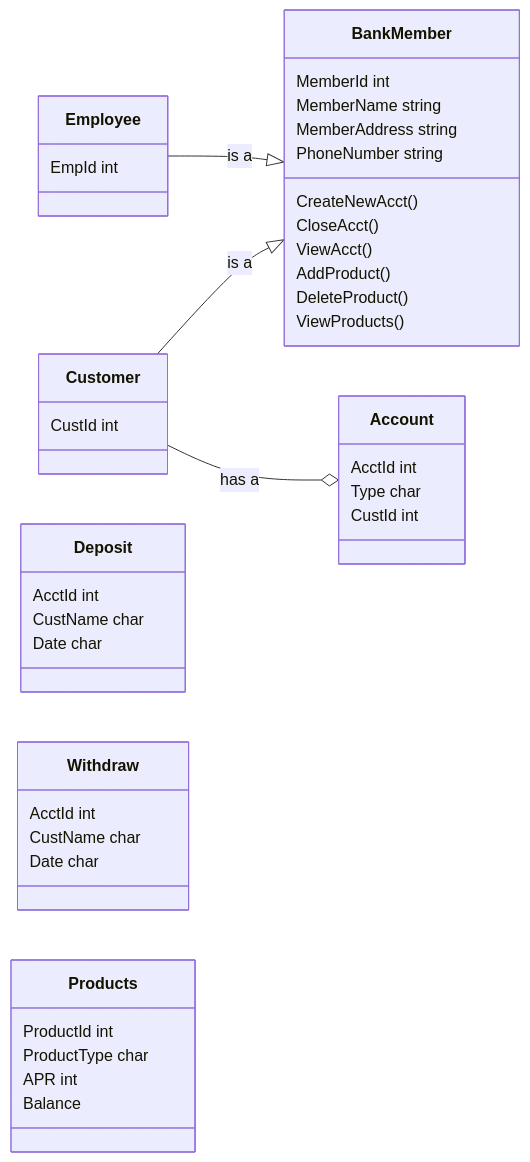
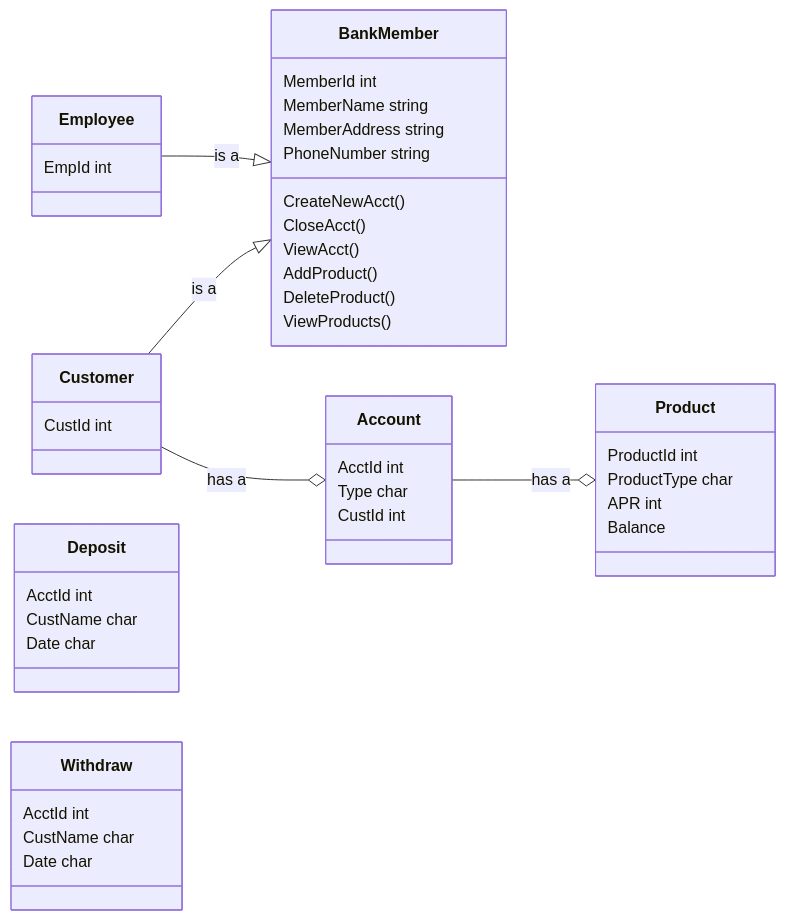
Before and after one commit to Marcus-Snell/Test: the diagram in mermaid.md, drawn with Mermaid.

````diff
--- a/mermaid.md
+++ b/mermaid.md
@@ -1,45 +1,45 @@
 ```mermaid
 classDiagram
 direction LR
 BankMember
 BankMember : MemberId int
 BankMember : MemberName string
 BankMember : MemberAddress string
 BankMember : PhoneNumber string
 BankMember : CreateNewAcct()
 BankMember: CloseAcct()
 BankMember : ViewAcct()
 BankMember : AddProduct()
 BankMember : DeleteProduct()
 BankMember : ViewProducts()
 
 Employee --|> BankMember : is a
 Employee : EmpId int
 
 Customer --|> BankMember : is a
 Customer --o Account : has a
 Customer : CustId int
 
-Account
+Account --o Product : has a
 Account : AcctId int
 Account : Type char
 Account : CustId int
 
 Deposit
 Deposit : AcctId int
 Deposit : CustName char
 Deposit : Date char
 
 Withdraw
 Withdraw : AcctId int
 Withdraw : CustName char
 Withdraw : Date char
 
 
-Products : ProductId int
-Products : ProductType char
-Products : APR int
-Products : Balance
+Product : ProductId int
+Product : ProductType char
+Product : APR int
+Product : Balance
 
 
 ```
````
